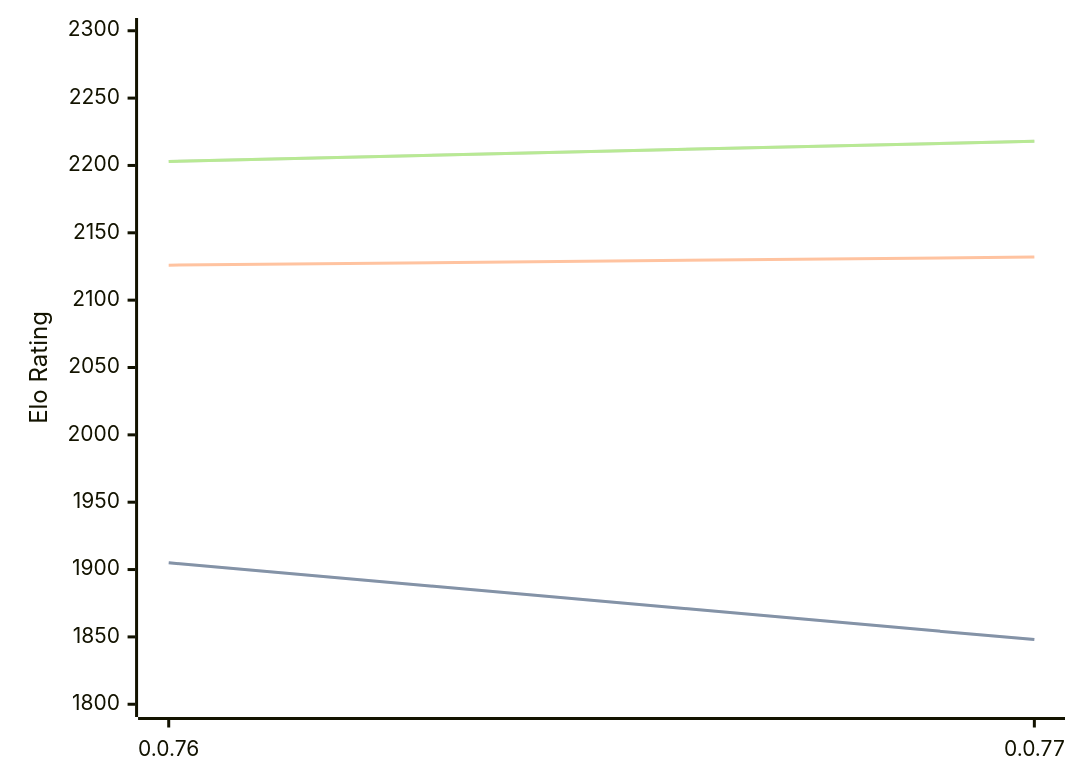
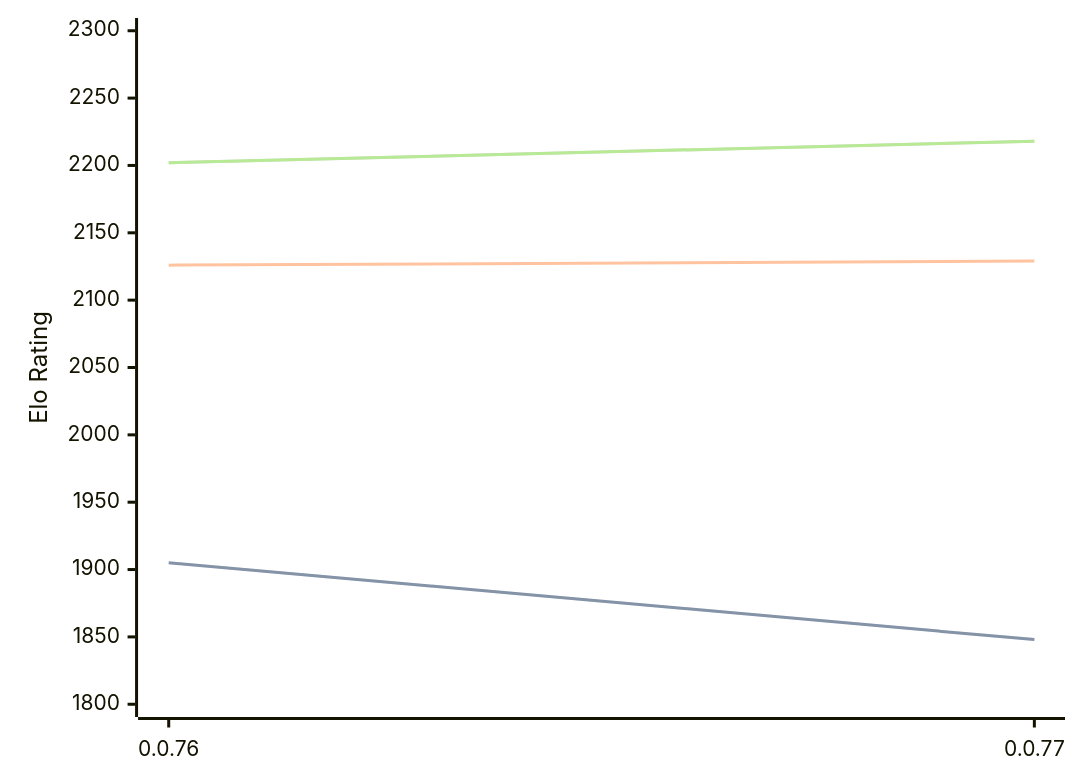
The diagram in engines/Fktb.md (computer-chess-index/cci), drawn with Mermaid before and after one commit. The commit also changed other lines of this file, not shown here.

Commit message:
Update CCI Ratings (ELO VLTC) - 2026-08-03

````diff
--- a/engines/Fktb.md
+++ b/engines/Fktb.md
@@ -32,11 +32,11 @@
 ```mermaid
 %%{init: {"theme":"base","themeVariables":{"seriesColors:['#a3a3a3','#222221','#faa371']}}}%%
 xychart-beta
   x-axis ["0.0.76", "0.0.77"]
   y-axis "Elo Rating" 1800 --> 2300
   line "STC (8.0+0.08s)" [1905, 1848]
   line "STC (8.0+0.08s)" [1905, 1848]
-  line "LTC (60.0+0.60s)" [2126, 2132]
-  line "VLTC (2m24s+1.12s)" [2203, 2218]
-  line "VLTC (2m24s+1.12s)" [2203, 2218]
+  line "LTC (60.0+0.60s)" [2126, 2129]
+  line "VLTC (2m24s+1.12s)" [2202, 2218]
+  line "VLTC (2m24s+1.12s)" [2202, 2218]
 ```
````
